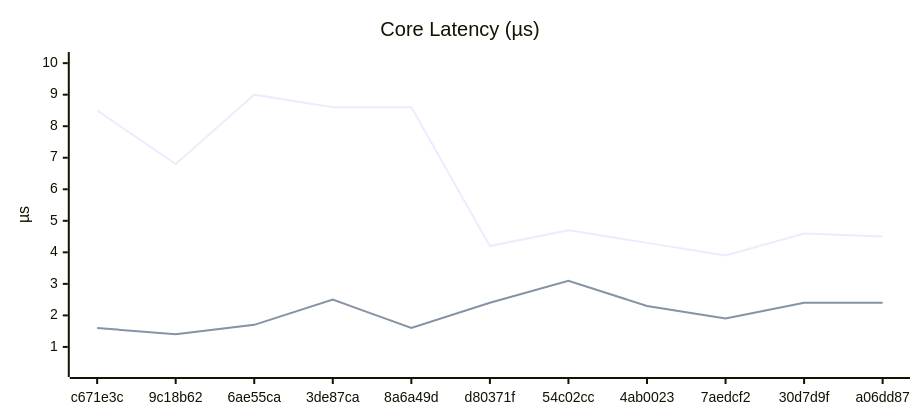
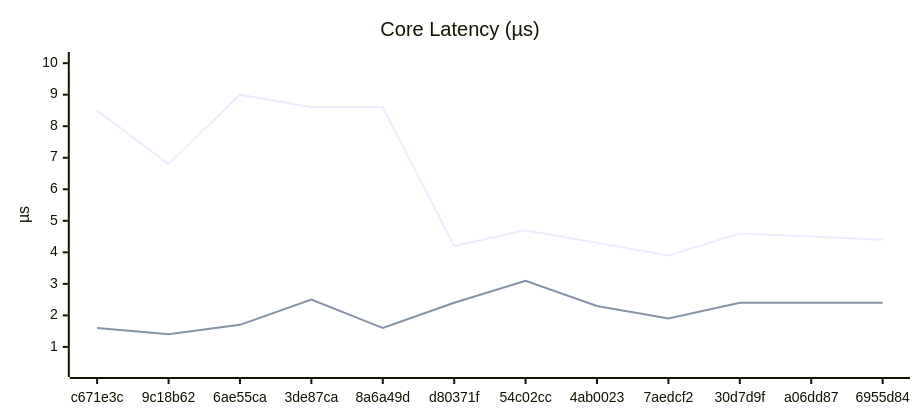
The first of 6 diagrams in docs/BENCHMARKS.md (Ikolvi/Titan), drawn with Mermaid before and after one commit. The commit also changed other lines of this file, not shown here.

````diff
--- a/docs/BENCHMARKS.md
+++ b/docs/BENCHMARKS.md
@@ -59,15 +60,15 @@
 ```mermaid
 ---
 config:
     xyChart:
         width: 900
         height: 400
         plotColorPalette: "#4e79a7, #f28e2c, #e15759, #76b7b2, #59a14f, #edc949"
 ---
 xychart-beta
     title "Core Latency (µs)"
-    x-axis ["c671e3c", "9c18b62", "6ae55ca", "3de87ca", "8a6a49d", "d80371f", "54c02cc", "4ab0023", "7aedcf2", "30d7d9f", "a06dd87"]
+    x-axis ["c671e3c", "9c18b62", "6ae55ca", "3de87ca", "8a6a49d", "d80371f", "54c02cc", "4ab0023", "7aedcf2", "30d7d9f", "a06dd87", "6955d84"]
     y-axis "µs" 0.3 --> 10.1
-    line [8.5, 6.8, 9.0, 8.6, 8.6, 4.2, 4.7, 4.3, 3.9, 4.6, 4.5]
-    line [1.6, 1.4, 1.7, 2.5, 1.6, 2.4, 3.1, 2.3, 1.9, 2.4, 2.4]
+    line [8.5, 6.8, 9.0, 8.6, 8.6, 4.2, 4.7, 4.3, 3.9, 4.6, 4.5, 4.4]
+    line [1.6, 1.4, 1.7, 2.5, 1.6, 2.4, 3.1, 2.3, 1.9, 2.4, 2.4, 2.4]
 ```
````
